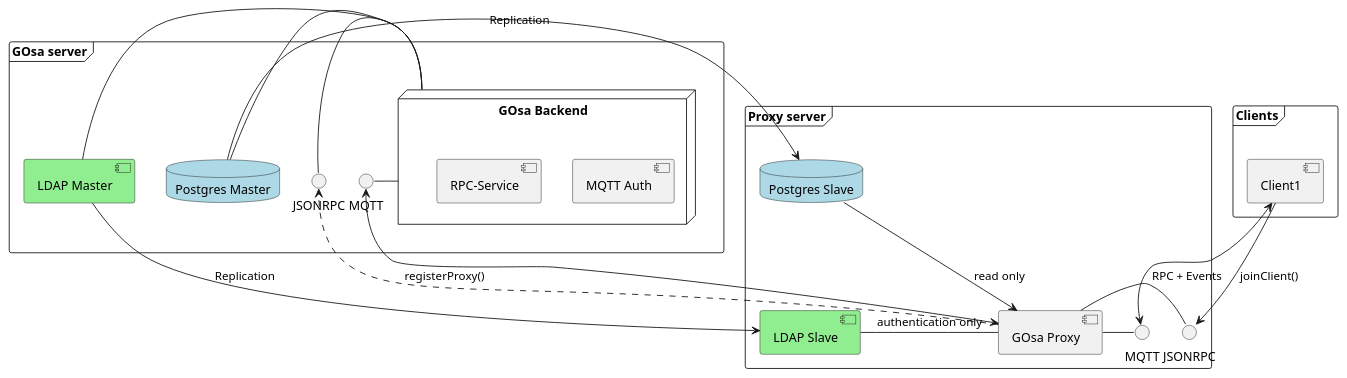
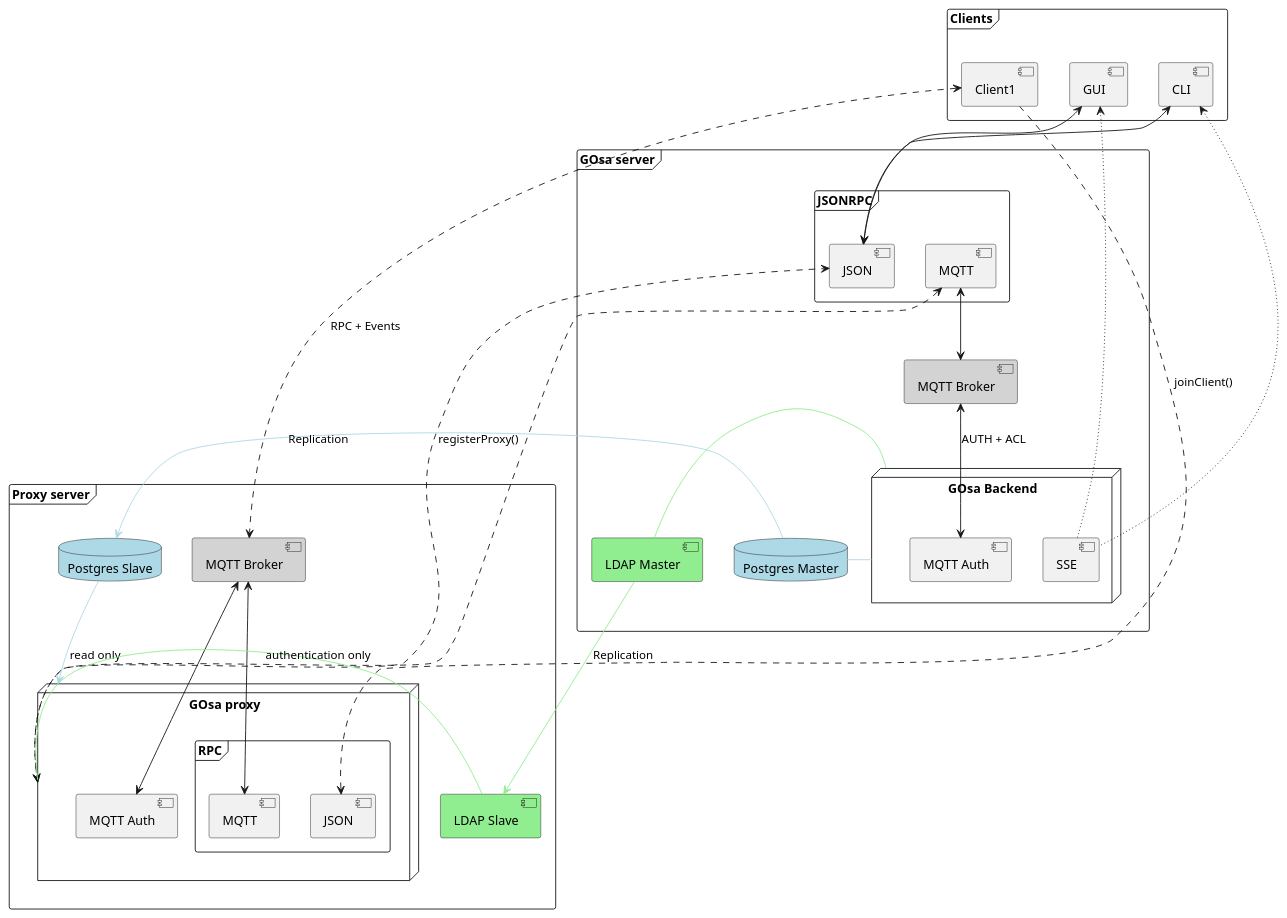
The diagram in proxy/ecosystem.puml (gonicus/gosa), drawn with PlantUML before and after one commit.

Commit message:
add more clients

```diff
--- a/proxy/ecosystem.puml
+++ b/proxy/ecosystem.puml
@@ -1,49 +1,71 @@
 @startuml
 
 skinparam componentStyle uml2
 
 frame "GOsa server" {
 
-() "MQTT" as masterMqtt
-() "JSONRPC" as masterRpc
-database "Postgres Master" as masterDB #LightBlue
-[LDAP Master] as masterLdap #LightGreen
+    () "JSONRPC" as masterRpc
+    database "Postgres Master" as masterDB #LightBlue
+    [LDAP Master] as masterLdap #LightGreen
 
-node "GOsa Backend" as backend {
-    [MQTT Auth]
-    [RPC-Service]
-}
+    [MQTT Broker] as masterMqttBroker #LightGrey
 
-masterRpc - backend
-masterMqtt - backend
-masterDB - backend
-masterLdap - backend
+    node "GOsa Backend" as backend {
+        [MQTT Auth] as masterMqttAuth
+        [SSE]
+
+        frame "RPC Service" as masterRpc {
+            [JSON] as masterJsonRpc
+            [MQTT] as masterMqttRpc
+        }
+
+        masterMqttBroker <--> masterMqttAuth : AUTH + ACL
+        masterMqttRpc <--> masterMqttBroker
+    }
+
+    masterDB - backend  #LightBlue
+    masterLdap - backend #LightGreen
 }
 
 frame "Proxy server" {
 
-() "MQTT" as proxyMqtt
-() "JSONRPC" as proxyRpc
-database "Postgres Slave" as proxyDB #LightBlue
-[LDAP Slave] as proxyLdap #LightGreen
-[GOsa Proxy] as proxy
+    [MQTT Broker] as proxyMqttBroker #LightGrey
+    database "Postgres Slave" as proxyDB #LightBlue
+    [LDAP Slave] as proxyLdap #LightGreen
 
-proxy <--> masterMqtt
-proxyMqtt - proxy
-proxy - proxyRpc
+    node "GOsa proxy" as proxy {
+        [MQTT Auth] as proxyMqttAuth
 
-proxy ..> masterRpc : registerProxy()
-masterDB --> proxyDB : Replication
-masterLdap --> proxyLdap : Replication
+        frame "RPC" as proxyRpc {
+            [JSON] as proxyJsonRpc
+            [MQTT] as proxyMqttRpc
+        }
+    }
 
-proxyDB --> proxy : read only
-proxyLdap - proxy : authentication only
+    proxyMqttAuth <--> proxyMqttBroker
+    masterMqttRpc <..> proxy
+    proxyMqttBroker <--> proxyMqttRpc
+    proxy <..> masterJsonRpc : registerProxy()
+
+    masterDB --> proxyDB #LightBlue : Replication
+    masterLdap --> proxyLdap #LightGreen : Replication
+
+    proxyDB --> proxy #LightBlue : read only
+    proxyLdap - proxy #LightGreen : authentication only
 }
 
 frame "Clients" {
-[Client1]
-    Client1 <--> proxyMqtt : RPC + Events
-    Client1 --> proxyRpc : joinClient()
+    [Client1]
+    [GUI]
+    [CLI]
+
+    Client1 <..> proxyMqttBroker : RPC + Events
+    Client1 ..> proxyJsonRpc : joinClient()
+
+    GUI <~~ SSE
+    CLI <~~ SSE
+    CLI <--> masterJsonRpc
+    GUI <--> masterJsonRpc
 }
 
 @enduml
```
